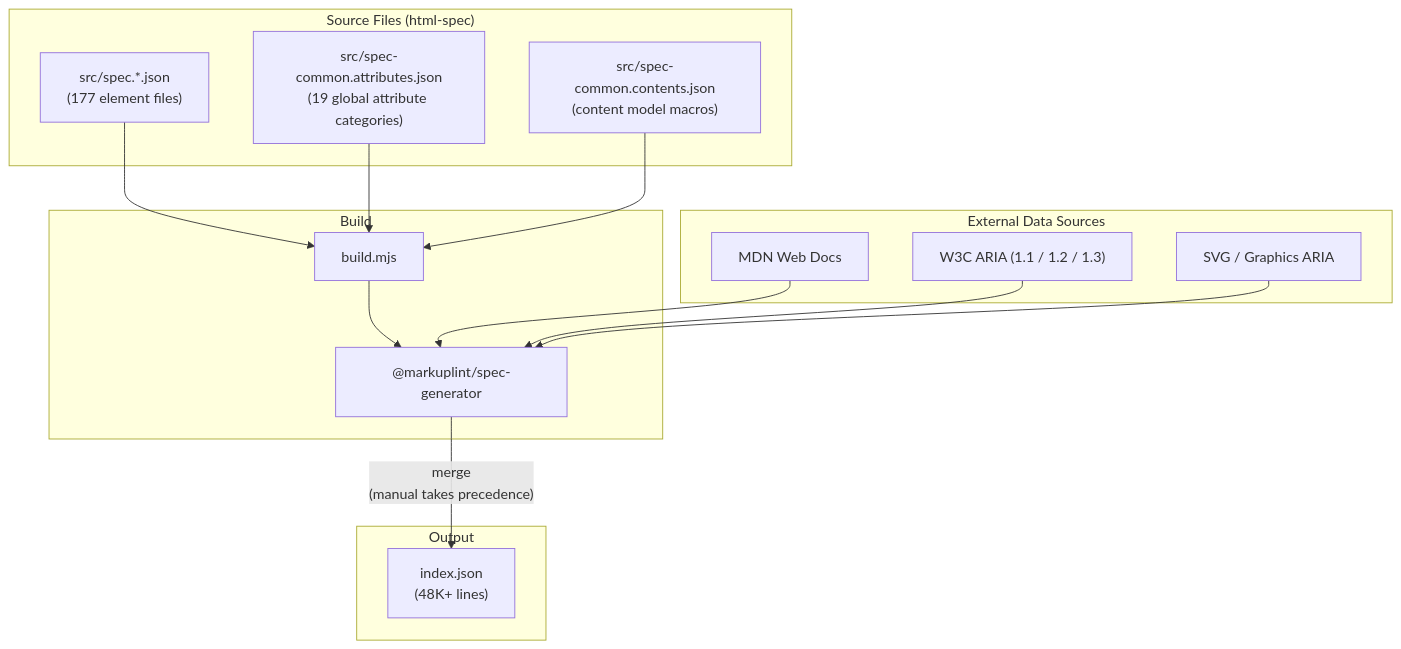
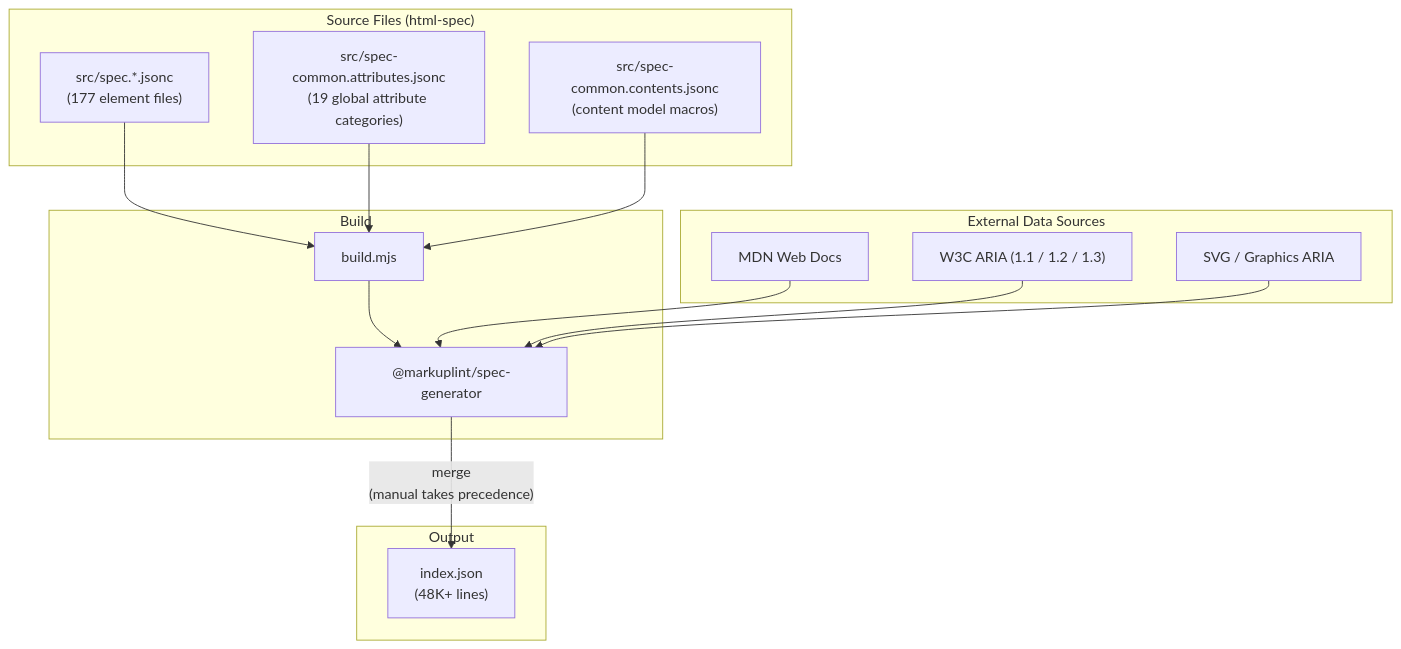
Before and after one commit to markuplint/markuplint: the diagram in packages/@markuplint/html-spec/docs/build-pipeline.md, drawn with Mermaid. The commit also changed other lines of this file and 190 other files, not shown here.

First line of the commit message:
refactor(html-spec): rename spec source files from .json to .jsonc

````diff
--- a/packages/@markuplint/html-spec/docs/build-pipeline.md
+++ b/packages/@markuplint/html-spec/docs/build-pipeline.md
@@ -18,34 +18,34 @@
 ```mermaid
 flowchart TD
     subgraph inputs ["Source Files (html-spec)"]
-        specFiles["src/spec.*.json\n(177 element files)"]
-        commonAttrs["src/spec-common.attributes.json\n(19 global attribute categories)"]
-        commonContents["src/spec-common.contents.json\n(content model macros)"]
+        specFiles["src/spec.*.jsonc\n(177 element files)"]
+        commonAttrs["src/spec-common.attributes.jsonc\n(19 global attribute categories)"]
+        commonContents["src/spec-common.contents.jsonc\n(content model macros)"]
     end
 
     subgraph build ["Build"]
         buildScript["build.mjs"]
         specGen["@markuplint/spec-generator"]
     end
 
     subgraph external ["External Data Sources"]
         mdn["MDN Web Docs"]
         aria["W3C ARIA (1.1 / 1.2 / 1.3)"]
         svg["SVG / Graphics ARIA"]
     end
 
     subgraph output ["Output"]
         indexJson["index.json\n(48K+ lines)"]
     end
 
     specFiles --> buildScript
     commonAttrs --> buildScript
     commonContents --> buildScript
     buildScript --> specGen
 
     mdn --> specGen
     aria --> specGen
     svg --> specGen
 
     specGen -->|"merge\n(manual takes precedence)"| indexJson
 ```
````
